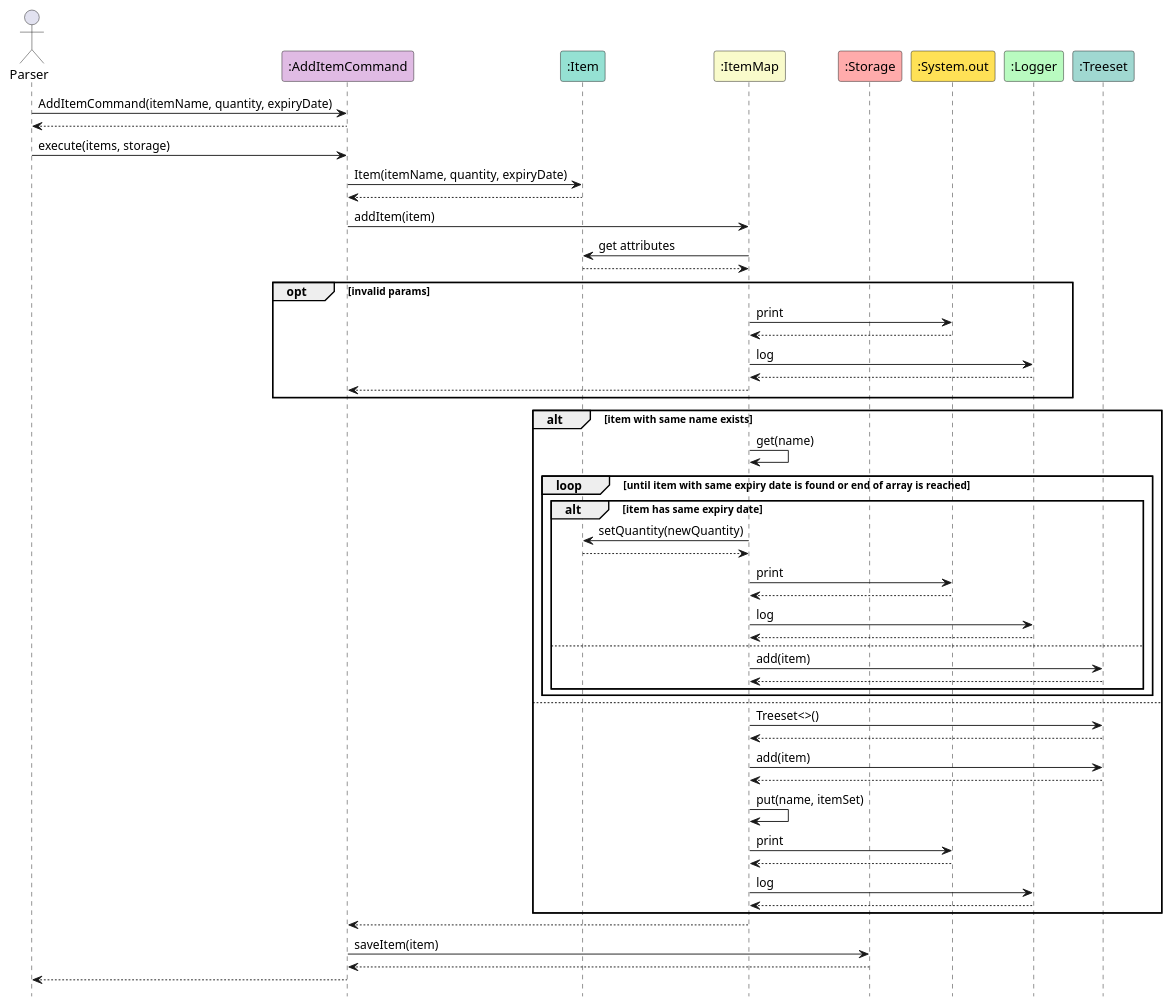
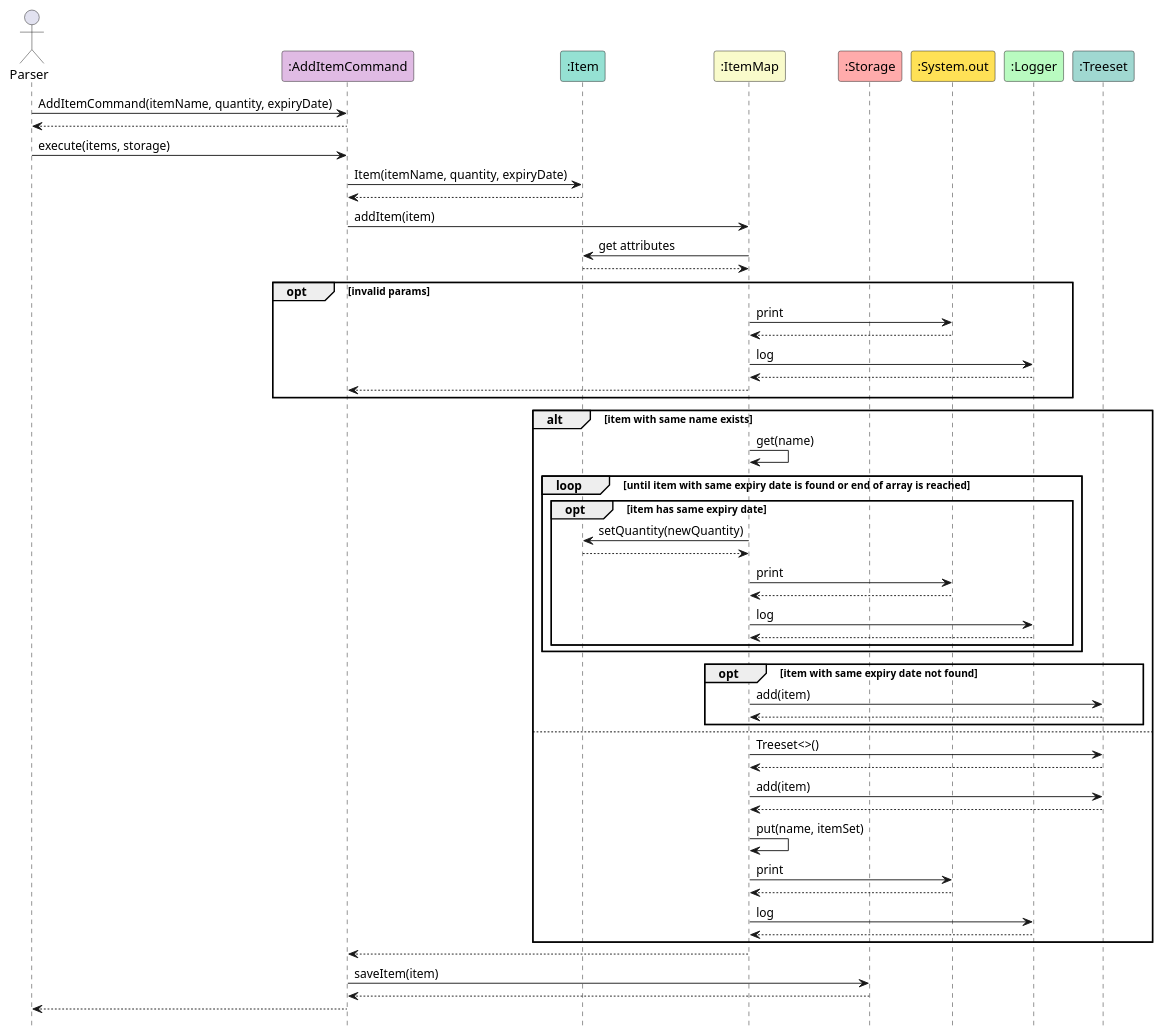
The diagram in docs/diagrams/AddItemCommand-SequenceDiagram.puml (yijiano/tp), drawn with PlantUML before and after one commit.

Commit message:
Update loop in sequence diagram

```diff
--- a/docs/diagrams/AddItemCommand-SequenceDiagram.puml
+++ b/docs/diagrams/AddItemCommand-SequenceDiagram.puml
@@ -1,67 +1,66 @@
 @startuml
 
 hide footbox
 skinparam sequenceReferenceBackgroundColor #f7807c
 
 actor Parser
 
 participant ":AddItemCommand" as AddItemCommand #E0BBE4
 participant ":Item" as Item #95E1D3
 participant ":ItemMap" as ItemMap #F9FBCB
 participant ":Storage" as Storage #FFABAB
 participant ":System.out" as System.out #FFE156
 participant ":Logger" as Logger #B9FBC0
 participant ":Treeset" as Treeset #A0D8D1
 
 Parser -> AddItemCommand : AddItemCommand(itemName, quantity, expiryDate)
 return
 Parser -> AddItemCommand : execute(items, storage)
 AddItemCommand -> Item : Item(itemName, quantity, expiryDate)
 return
 AddItemCommand -> ItemMap : addItem(item)
 ItemMap -> Item : get attributes
 return
 
 opt invalid params
     ItemMap -> System.out : print
     return
     ItemMap -> Logger : log
     return
     ItemMap --> AddItemCommand
 end
 
 alt item with same name exists
     ItemMap -> ItemMap : get(name)
     loop until item with same expiry date is found or end of array is reached
-        alt item has same expiry date
+        opt item has same expiry date
             ItemMap -> Item : setQuantity(newQuantity)
             return
             ItemMap -> System.out : print
             return
             ItemMap -> Logger : log
             return
-
-        else
-            ItemMap -> Treeset : add(item)
-            return
         end
 
     end
-
+    opt item with same expiry date not found
+        ItemMap -> Treeset : add(item)
+        return
+    end
 else
     ItemMap -> Treeset : Treeset<>()
     return
     ItemMap -> Treeset : add(item)
     return
     ItemMap -> ItemMap : put(name, itemSet)
     ItemMap -> System.out : print
     return
     ItemMap -> Logger : log
     return
 end
 ItemMap --> AddItemCommand
 AddItemCommand -> Storage : saveItem(item)
 return
 AddItemCommand --> Parser
 
 @enduml
```
